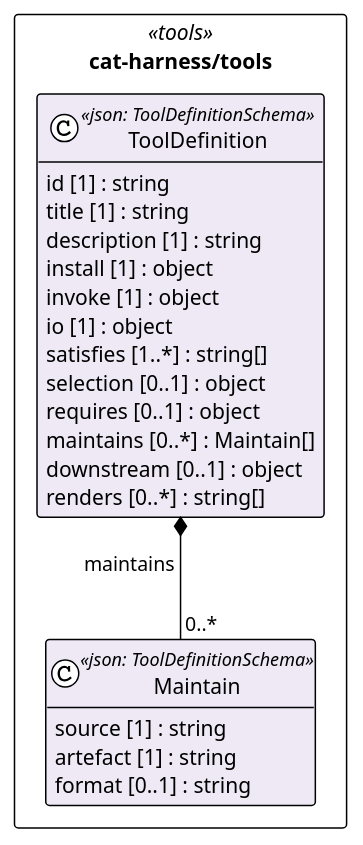
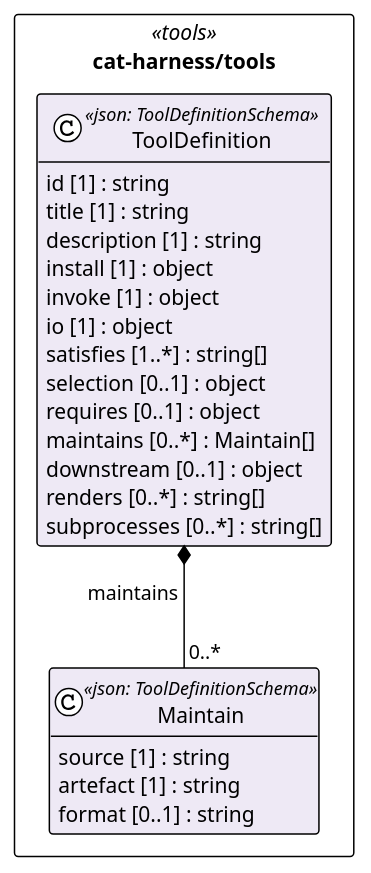
Before and after one commit to litlfred/folio-assistant: the diagram in cat-harness/uml/overview/cat-harness/tools.puml, drawn with PlantUML. The commit also changed 405 other files, not shown here.

```diff
--- a/cat-harness/uml/overview/cat-harness/tools.puml
+++ b/cat-harness/uml/overview/cat-harness/tools.puml
@@ -3,32 +3,33 @@
 @startuml cat_harness_tools
 !pragma layout elk
 !theme plain
 skinparam classAttributeIconSize 0
 skinparam shadowing false
 skinparam packageStyle rectangle
 hide empty methods
 
 package "cat-harness/tools" as pkg_cat_harness_tools <<tools>> {
   class "Maintain" as cat_harness_tools_Maintain <<json: ToolDefinitionSchema>> #eee9f5 {
     source [1] : string
     artefact [1] : string
     format [0..1] : string
   }
   class "ToolDefinition" as cat_harness_tools_ToolDefinition <<json: ToolDefinitionSchema>> #eee9f5 {
     id [1] : string
     title [1] : string
     description [1] : string
     install [1] : object
     invoke [1] : object
     io [1] : object
     satisfies [1..*] : string[]
     selection [0..1] : object
     requires [0..1] : object
     maintains [0..*] : Maintain[]
     downstream [0..1] : object
     renders [0..*] : string[]
+    subprocesses [0..*] : string[]
   }
 }
 
 cat_harness_tools_ToolDefinition *-- "0..*" cat_harness_tools_Maintain : maintains
 @enduml
```
